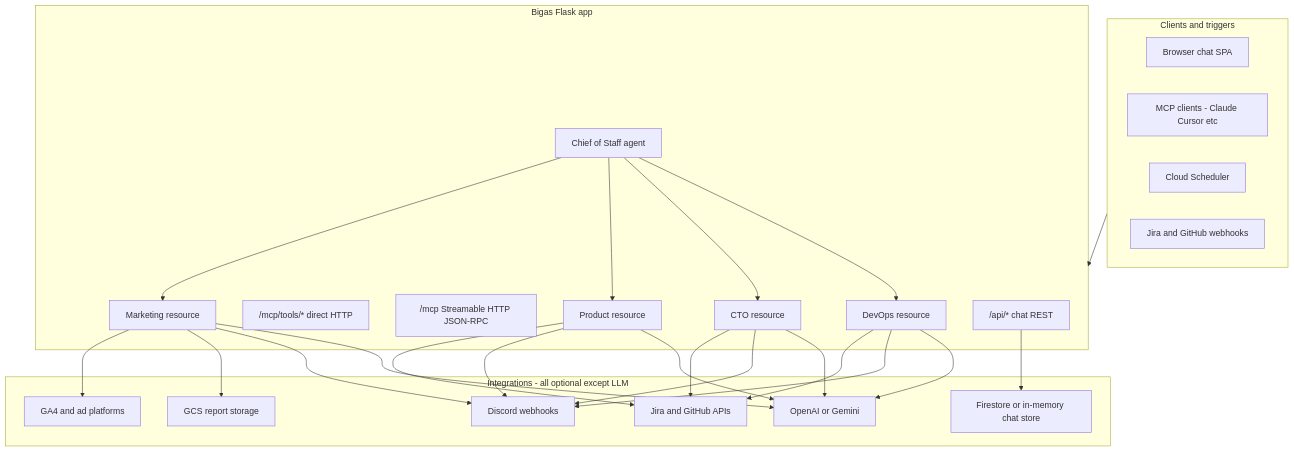
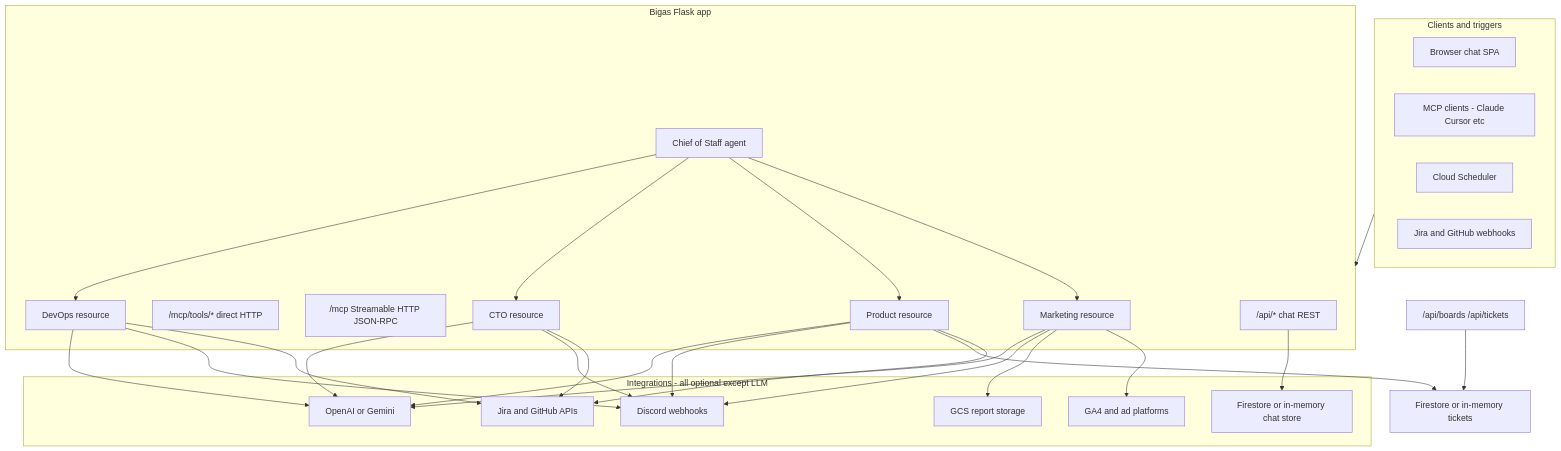
The diagram in docs/architecture.md (mckort/bigas), drawn with Mermaid before and after one commit. The commit also changed 21 other files, not shown here.

````diff
--- a/docs/architecture.md
+++ b/docs/architecture.md
@@ -7,37 +7,39 @@
 ```mermaid
 flowchart TB
   subgraph clients [Clients and triggers]
     Browser[Browser chat SPA]
     MCP[MCP clients - Claude Cursor etc]
     Scheduler[Cloud Scheduler]
     Webhooks[Jira and GitHub webhooks]
   end
 
   subgraph platform [Bigas Flask app]
     ChatAPI["/api/* chat REST"]
     HTTPTools["/mcp/tools/* direct HTTP"]
     MCPRPC["/mcp Streamable HTTP JSON-RPC"]
     COS[Chief of Staff agent]
     Marketing[Marketing resource]
     Product[Product resource]
     CTO[CTO resource]
     DevOps[DevOps resource]
   end
 
   subgraph integrations [Integrations - all optional except LLM]
     MemStore["Firestore or in-memory chat store"]
     LLM[OpenAI or Gemini]
     GCS[GCS report storage]
     Discord[Discord webhooks]
     GA4[GA4 and ad platforms]
     JiraGH[Jira and GitHub APIs]
   end
 
   clients --> platform
   COS --> Marketing & Product & CTO & DevOps
   ChatAPI --> MemStore
+  BoardAPI["/api/boards /api/tickets"]
+  BoardAPI --> TicketStore["Firestore or in-memory tickets"]
   Marketing --> GA4 & GCS & Discord & LLM
-  Product --> JiraGH & Discord & LLM
+  Product --> JiraGH & TicketStore & Discord & LLM
   CTO --> JiraGH & Discord & LLM
   DevOps --> JiraGH & Discord & LLM
 ```
````
